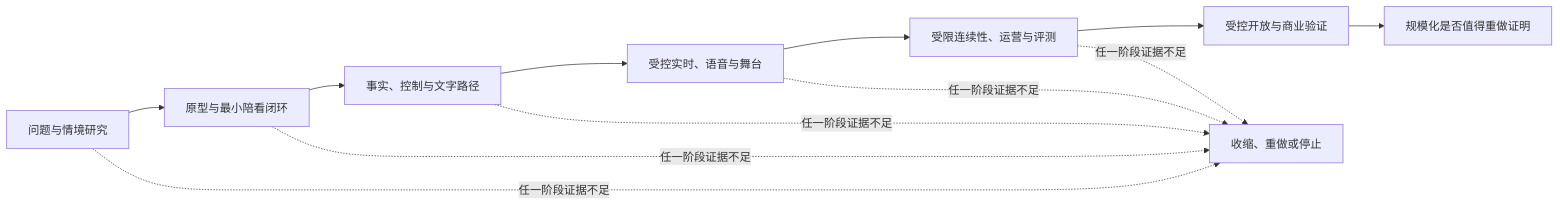
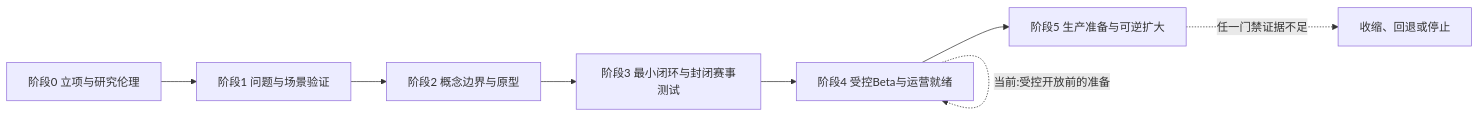
Before and after one commit to weiz98417-crypto/qiuqiu: the third of 3 diagrams in docs/球球全套资料/1.市场洞察与战略定位/06-产品愿景与阶段路线图.md, drawn with Mermaid. The commit also changed other lines of this file and 10 other files, not shown here.

````diff
--- a/docs/球球全套资料/1.市场洞察与战略定位/06-产品愿景与阶段路线图.md
+++ b/docs/球球全套资料/1.市场洞察与战略定位/06-产品愿景与阶段路线图.md
@@ -326,14 +209,10 @@
 ```mermaid
 flowchart LR
-    A[问题与情境研究] --> B[原型与最小陪看闭环]
-    B --> C[事实、控制与文字路径]
-    C --> D[受控实时、语音与舞台]
-    D --> E[受限连续性、运营与评测]
-    E --> F[受控开放与商业验证]
-    F --> G[规模化是否值得重做证明]
-    A -.任一阶段证据不足.-> X[收缩、重做或停止]
-    B -.任一阶段证据不足.-> X
-    C -.任一阶段证据不足.-> X
-    D -.任一阶段证据不足.-> X
-    E -.任一阶段证据不足.-> X
+    A[阶段0 立项与研究伦理] --> B[阶段1 问题与场景验证]
+    B --> C[阶段2 概念边界与原型]
+    C --> D[阶段3 最小闭环与封闭赛事测试]
+    D --> E[阶段4 受控Beta与运营就绪]
+    E --> F[阶段5 生产准备与可逆扩大]
+    E -.当前:受控开放前的准备.-> E
+    F -.任一门禁证据不足.-> Y[收缩、回退或停止]
 ```
````
